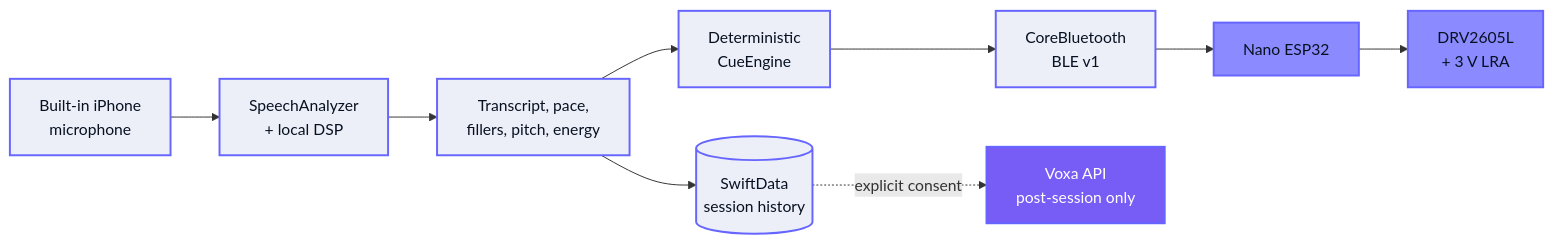
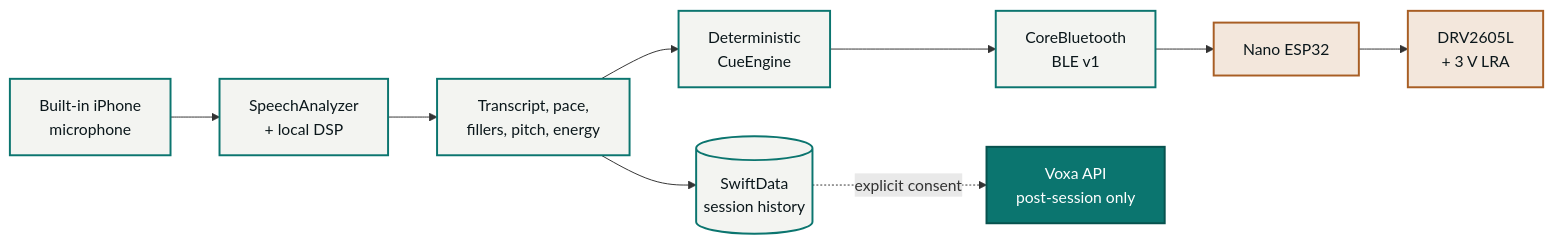
Before and after one commit to amaar-mc/voxa-cue: the diagram in README.md, drawn with Mermaid. The commit also changed other lines of this file, not shown here.

````diff
--- a/README.md
+++ b/README.md
@@ -81,18 +81,18 @@
 ```mermaid
 flowchart LR
     MIC["Built-in iPhone<br/>microphone"] --> SPEECH["SpeechAnalyzer<br/>+ local DSP"]
     SPEECH --> METRICS["Transcript, pace,<br/>fillers, pitch, energy"]
     METRICS --> ENGINE["Deterministic<br/>CueEngine"]
     ENGINE --> BLE["CoreBluetooth<br/>BLE v1"]
     BLE --> NANO["Nano ESP32"]
     NANO --> MOTOR["DRV2605L<br/>+ 3 V LRA"]
     METRICS --> STORE[("SwiftData<br/>session history")]
     STORE -. "explicit consent" .-> API["Voxa API<br/>post-session only"]
 
-    classDef phone fill:#ECEFF7,stroke:#6765FF,color:#071122,stroke-width:2px;
-    classDef band fill:#8B8BFF,stroke:#6765FF,color:#071122,stroke-width:2px;
-    classDef optional fill:#775CF6,stroke:#6765FF,color:#ffffff,stroke-width:2px;
+    classDef phone fill:#F3F4F1,stroke:#0B756F,color:#0B171B,stroke-width:2px;
+    classDef band fill:#F3E7DC,stroke:#A85E24,color:#0B171B,stroke-width:2px;
+    classDef optional fill:#0B756F,stroke:#07524E,color:#ffffff,stroke-width:2px;
     class MIC,SPEECH,METRICS,ENGINE,BLE,STORE phone;
     class NANO,MOTOR band;
     class API optional;
 ```
````
